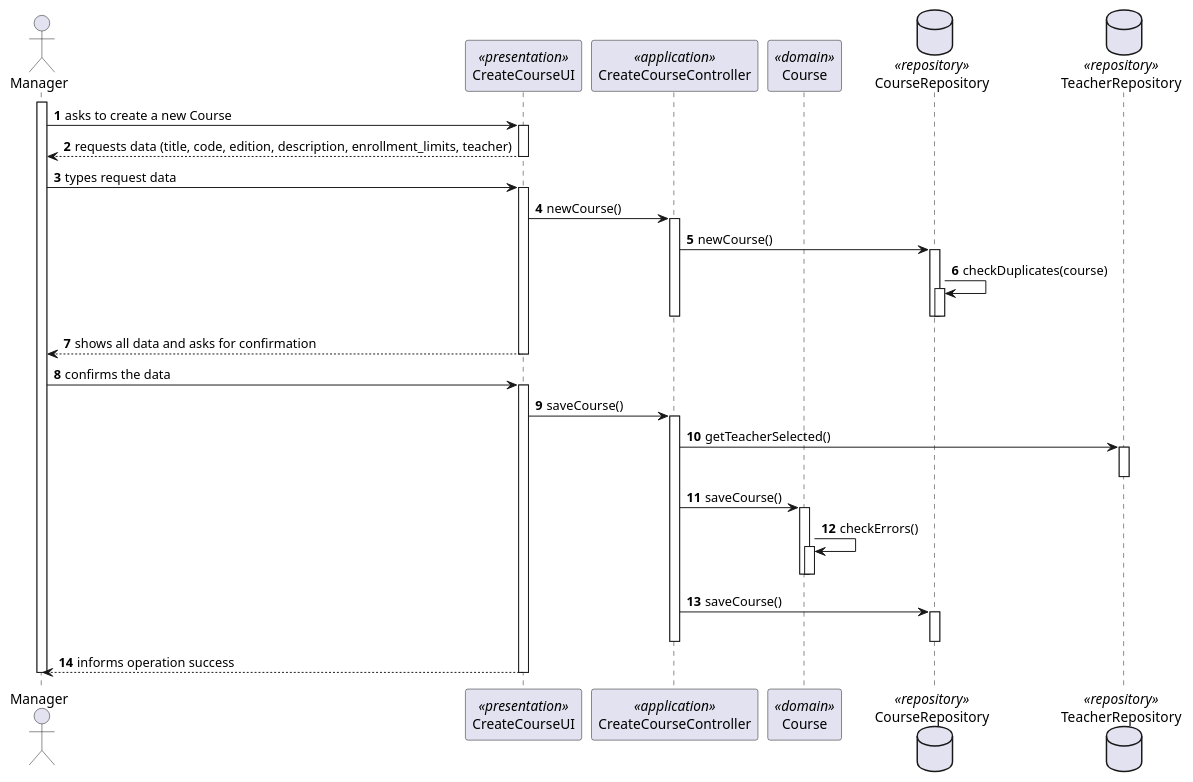
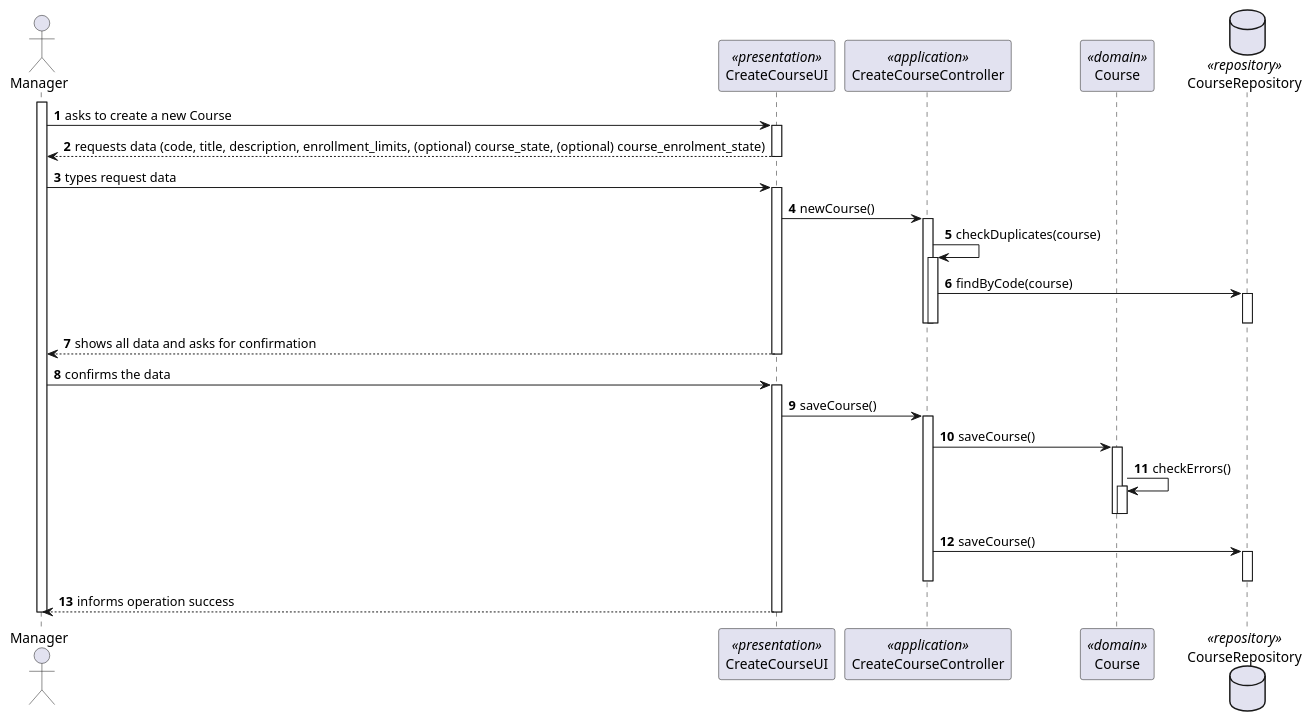
The diagram in docs/sprint-b/us08-1002/US1002_SD.puml (miseEnPlace-dev/lapr4), drawn with PlantUML before and after one commit.

Commit message:
docs: updated SD (#23)

```diff
--- a/docs/sprint-b/us08-1002/US1002_SD.puml
+++ b/docs/sprint-b/us08-1002/US1002_SD.puml
@@ -1,66 +1,61 @@
 @startuml US1002_SD
 autonumber
 
 actor "Manager" as M
 participant "CreateCourseUI" as UI <<presentation>>
 participant "CreateCourseController" as CTRL <<application>>
 participant "Course" as C <<domain>>
 
 database CourseRepository as REPC <<repository>>
-database TeacherRepository as REPT <<repository>>
 
 activate M
 
 M -> UI : asks to create a new Course
 activate UI
 
-UI --> M : requests data (title, code, edition, description, enrollment_limits, teacher)
+UI --> M : requests data (code, title, description, enrollment_limits, (optional) course_state, (optional) course_enrolment_state)
 deactivate UI
 
 M -> UI : types request data
 activate UI
 
 UI -> CTRL : newCourse()
 activate CTRL
 
-CTRL -> REPC : newCourse()
-activate REPC
+CTRL -> CTRL : checkDuplicates(course)
+activate CTRL
 
-REPC -> REPC : checkDuplicates(course)
+CTRL -> REPC : findByCode(course)
 activate REPC
 deactivate REPC
-deactivate REPC
+deactivate CTRL
 deactivate CTRL
 
 UI --> M : shows all data and asks for confirmation
 deactivate UI
 
 M -> UI : confirms the data
 activate UI
 
 UI->CTRL : saveCourse()
 activate CTRL
-
-CTRL -> REPT : getTeacherSelected()
-activate REPT
-deactivate REPT
 
 CTRL -> C : saveCourse()
 activate C
 
 C-> C : checkErrors()
 activate C
 deactivate C
 deactivate C
 
 CTRL -> REPC : saveCourse()
 activate REPC
 deactivate REPC
 
 deactivate CTRL
 UI--> M : informs operation success
 deactivate UI
 
 deactivate M
 
 @enduml
```
